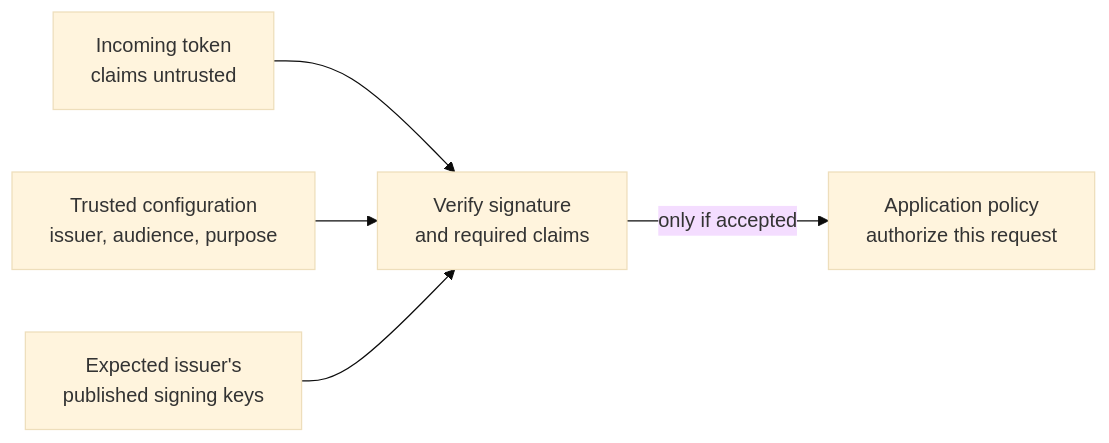
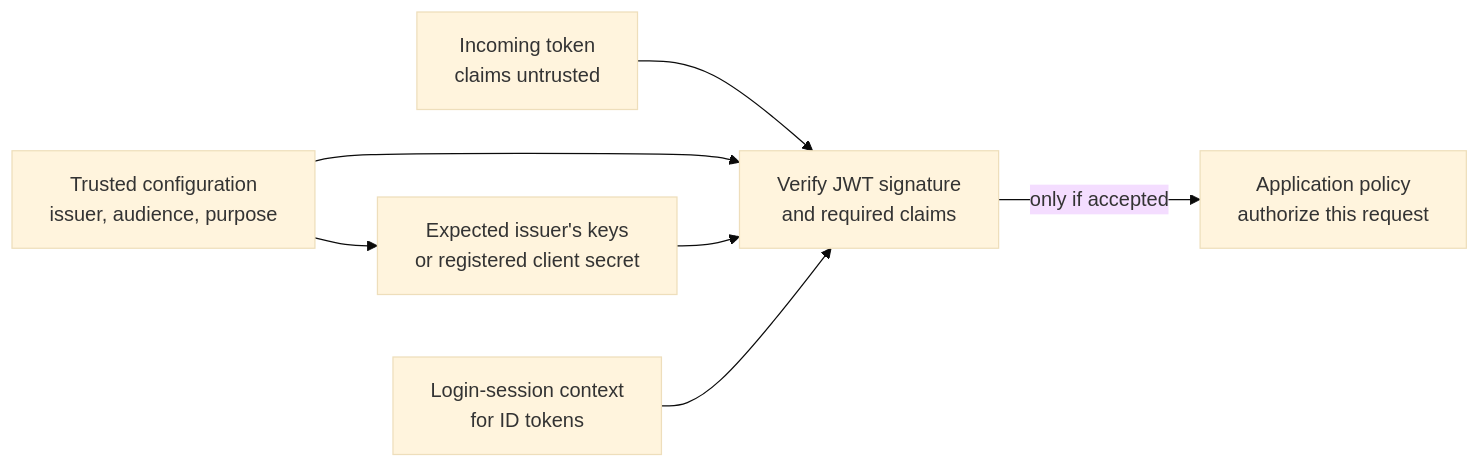
One commit to David-A18/MY-humble-knowledge-for-everyone changed the diagram in knowledge/security/identity-federation/oidc-token-validation.md. Above: the diagram before and after it, drawn with Mermaid (base theme). The commit also changed other lines of this file and 6 other files, not shown here.

Commit message:
Clarify OIDC token validation trust and flow binding

````diff
--- a/knowledge/security/identity-federation/oidc-token-validation.md
+++ b/knowledge/security/identity-federation/oidc-token-validation.md
@@ -55,12 +70,15 @@
 ```mermaid
 flowchart LR
   token["Incoming token<br/>claims untrusted"]
   config["Trusted configuration<br/>issuer, audience, purpose"]
-  keys["Expected issuer's<br/>published signing keys"]
-  check["Verify signature<br/>and required claims"]
+  keys["Expected issuer's keys<br/>or registered client secret"]
+  flow["Login-session context<br/>for ID tokens"]
+  check["Verify JWT signature<br/>and required claims"]
   policy["Application policy<br/>authorize this request"]
   token --> check
   config --> check
+  config --> keys
   keys --> check
+  flow --> check
   check -- "only if accepted" --> policy
 ```
````
